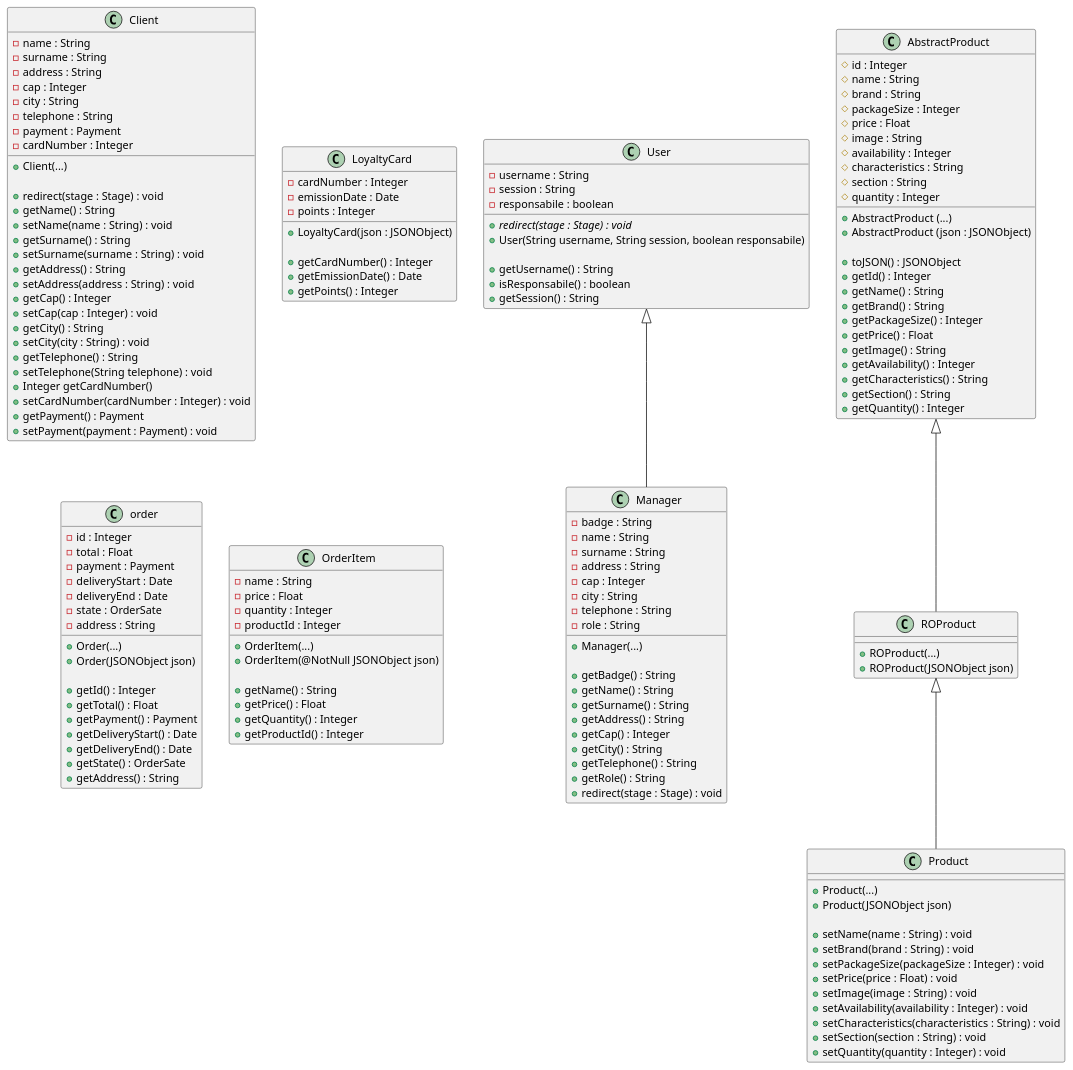
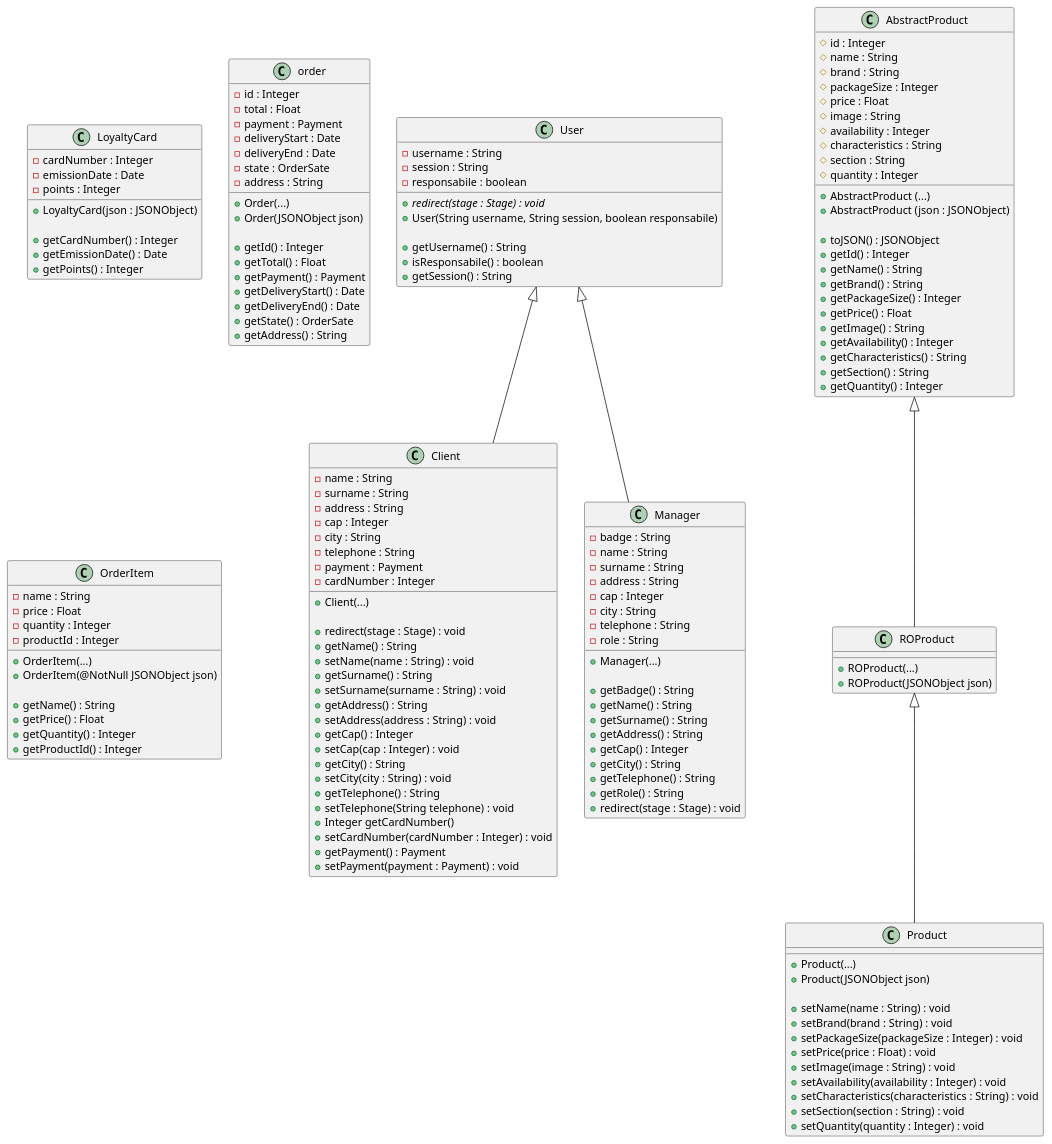
One commit to joshuachp/progetto_ingegneria_software changed the diagram in docs/diagrams/class/client_models.puml. Above: the diagram before and after it, drawn with PlantUML. The commit also changed 1 other file, not shown here.

Commit message:
Added client models

```diff
--- a/docs/diagrams/class/client_models.puml
+++ b/docs/diagrams/class/client_models.puml
@@ -1,172 +1,172 @@
 @startuml Class Client
 
-class Client{
+class Client extends User{
     - name : String
     - surname : String
     - address : String
     - cap : Integer
     - city : String 
     - telephone : String
     - payment : Payment 
     - cardNumber : Integer 
 
     + Client(...)
     
     + redirect(stage : Stage) : void
     + getName() : String
     + setName(name : String) : void
     + getSurname() : String
     + setSurname(surname : String) : void
     + getAddress() : String
     + setAddress(address : String) : void
     + getCap() : Integer
     + setCap(cap : Integer) : void
     + getCity() : String
     + setCity(city : String) : void
     + getTelephone() : String
     + setTelephone(String telephone) : void
     + Integer getCardNumber() 
     + setCardNumber(cardNumber : Integer) : void
     + getPayment() : Payment
     + setPayment(payment : Payment) : void
 }
 
 class LoyaltyCard{
     - cardNumber : Integer
     - emissionDate : Date
     - points : Integer
     
     + LoyaltyCard(json : JSONObject) 
     
     + getCardNumber() : Integer
     + getEmissionDate() : Date
     + getPoints() : Integer
 }
 
 class User{
     + {abstract} redirect(stage : Stage) : void
     - username : String
     - session : String
     - responsabile : boolean
     
     + User(String username, String session, boolean responsabile)
 
     + getUsername() : String
     + isResponsabile() : boolean
     + getSession() : String
 }
 
 
 class Manager extends User {
     - badge : String
     - name : String
     - surname : String
     - address : String
     - cap : Integer
     - city : String
     - telephone : String
     - role : String
     
     + Manager(...)
     
     + getBadge() : String
     + getName() : String 
     + getSurname() : String
     + getAddress() : String
     + getCap() : Integer
     + getCity() : String
     + getTelephone() : String
     + getRole() : String
     + redirect(stage : Stage) : void
 }
 
 class order{
     - id : Integer
     - total : Float
     - payment : Payment
     - deliveryStart : Date
     - deliveryEnd : Date
     - state : OrderSate
     - address : String
     
     + Order(...)
     + Order(JSONObject json) 
     
     + getId() : Integer
     + getTotal() : Float
     + getPayment() : Payment
     + getDeliveryStart() : Date
     + getDeliveryEnd() : Date
     + getState() : OrderSate
     + getAddress() : String
 
 }
 
 class OrderItem{
     - name : String
     - price : Float
     - quantity : Integer
     - productId : Integer
     
     + OrderItem(...) 
     + OrderItem(@NotNull JSONObject json) 
     
     + getName() : String
     + getPrice() : Float
     + getQuantity() : Integer
     + getProductId() : Integer
 }
 
 class AbstractProduct{
     # id : Integer 
     # name : String
     # brand : String 
     # packageSize : Integer
     # price : Float
     # image : String
     # availability : Integer
     # characteristics : String
     # section : String
     # quantity : Integer
 
     + AbstractProduct (...)   
     + AbstractProduct (json : JSONObject)
     
     + toJSON() : JSONObject
     + getId() : Integer
     + getName() : String
     + getBrand() : String
     + getPackageSize() : Integer
     + getPrice() : Float
     + getImage() : String
     + getAvailability() : Integer
     + getCharacteristics() : String
     + getSection() : String
     + getQuantity() : Integer
 
 }
 
 
 class ROProduct extends AbstractProduct{
 
     + ROProduct(...)
     + ROProduct(JSONObject json)
 
 }
 
 class Product extends ROProduct{
     
     + Product(...)
     + Product(JSONObject json)
     
     + setName(name : String) : void
     + setBrand(brand : String) : void
     + setPackageSize(packageSize : Integer) : void
     + setPrice(price : Float) : void 
     + setImage(image : String) : void
     + setAvailability(availability : Integer) : void
     + setCharacteristics(characteristics : String) : void 
     + setSection(section : String) : void 
     + setQuantity(quantity : Integer) : void
 }
 @enduml
```
